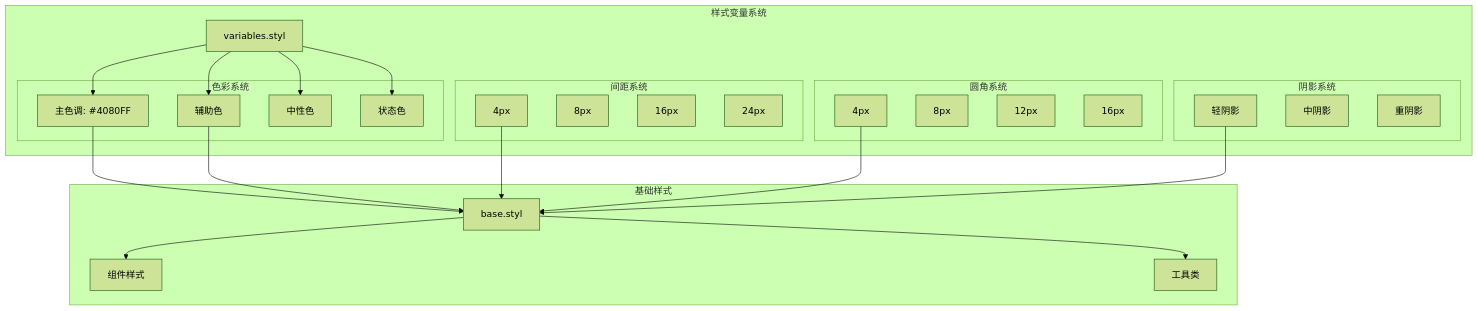
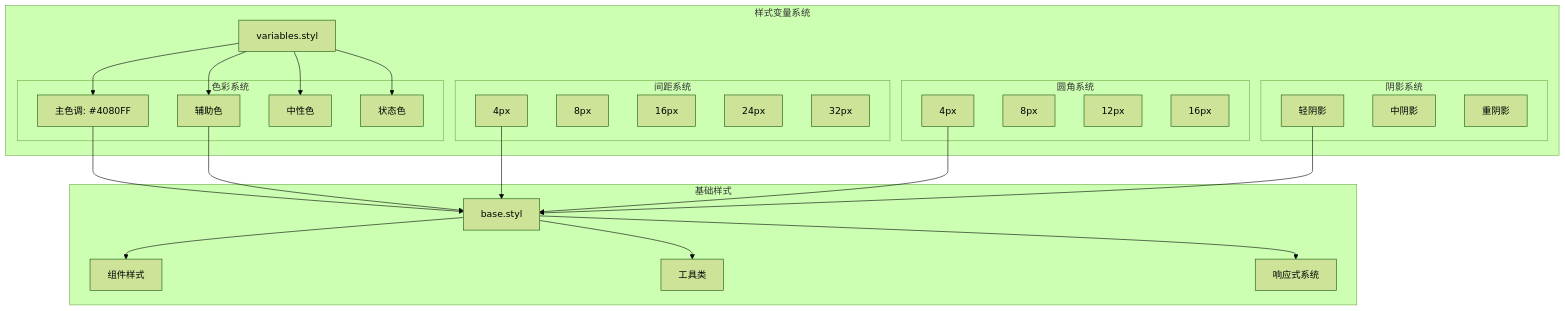
Before and after one commit to terwer/siyuan-plugin-publisher: the seventh of 10 diagrams in .qoder/repowiki/zh/content/用户界面组件/UI V2 设计原则.md, drawn with Mermaid (forest theme). The commit also changed other lines of this file and 14 other files, not shown here.

````diff
--- a/.qoder/repowiki/zh/content/用户界面组件/UI V2 设计原则.md
+++ b/.qoder/repowiki/zh/content/用户界面组件/UI V2 设计原则.md
@@ -262,45 +273,48 @@
 ```mermaid
 graph TB
 subgraph "样式变量系统"
 Variables[variables.styl]
 subgraph "色彩系统"
 Primary[主色调: #4080FF]
 Secondary[辅助色]
 Neutral[中性色]
 Status[状态色]
 end
 subgraph "间距系统"
 SpacingXS[4px]
 SpacingSM[8px]
 SpacingMD[16px]
 SpacingLG[24px]
+SpacingXL[32px]
 end
 subgraph "圆角系统"
 RadiusSM[4px]
 RadiusMD[8px]
 RadiusLG[12px]
 RadiusXL[16px]
 end
 subgraph "阴影系统"
 ShadowSM[轻阴影]
 ShadowMD[中阴影]
 ShadowLG[重阴影]
 end
 end
 subgraph "基础样式"
 Base[base.styl]
 Components[组件样式]
 Utilities[工具类]
+Responsive[响应式系统]
 end
 Variables --> Primary
 Variables --> Secondary
 Variables --> Neutral
 Variables --> Status
 Primary --> Base
 Secondary --> Base
 SpacingXS --> Base
 RadiusSM --> Base
 ShadowSM --> Base
 Base --> Components
 Base --> Utilities
+Base --> Responsive
 ```
````
